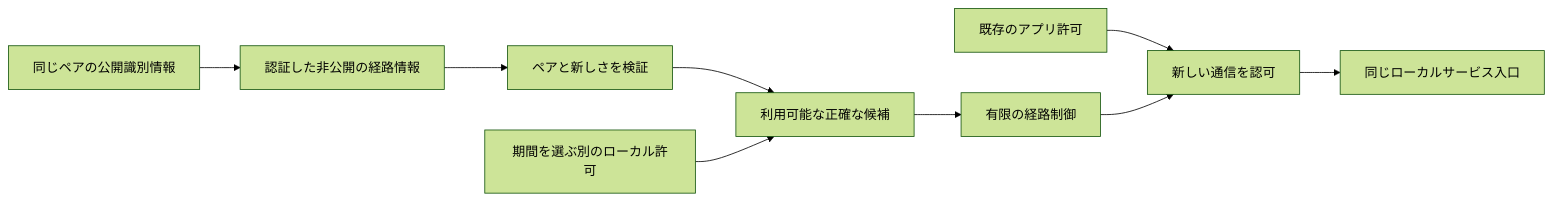
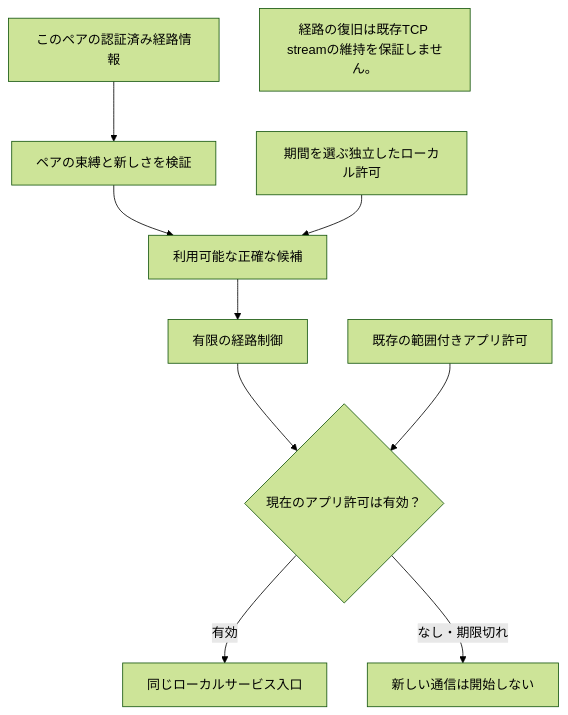
One commit to webkaz-labs/sobalink changed the diagram in docs/ROUTE_RECOVERY_DESIGN.ja.md. Above: the diagram before and after it, drawn with Mermaid (forest theme). The commit also changed 238 other files, not shown here.

First line of the commit message:
docs: explain workflows with distinct diagrams and real screen examples (#60)

````diff
--- a/docs/ROUTE_RECOVERY_DESIGN.ja.md
+++ b/docs/ROUTE_RECOVERY_DESIGN.ja.md
@@ -22,11 +22,15 @@
 ```mermaid
-flowchart LR
-    P[同じペアの公開識別情報] --> O[認証した非公開の経路情報]
-    O --> V[ペアと新しさを検証]
-    V --> E[利用可能な正確な候補]
-    L[期間を選ぶ別のローカル許可] --> E
-    E --> T[有限の経路制御]
-    A[既存のアプリ許可] --> G[新しい通信を認可]
-    T --> G
-    G --> S[同じローカルサービス入口]
+flowchart TD
+ accTitle: 2つの許可は独立したまま
+ accDescr: 経路の復旧は既存TCP streamの維持を保証しません。
+ O["このペアの認証済み経路情報"] --> V["ペアの束縛と新しさを検証"]
+ V --> E["利用可能な正確な候補"]
+ L["期間を選ぶ独立したローカル許可"] --> E
+ E --> T["有限の経路制御"]
+ T --> G{"現在のアプリ許可は有効？"}
+ A["既存の範囲付きアプリ許可"] --> G
+ G -->|有効| S["同じローカルサービス入口"]
+ G -->|なし・期限切れ| X["新しい通信は開始しない"]
+
+ LIMIT["経路の復旧は既存TCP streamの維持を保証しません。"]
 ```
````
